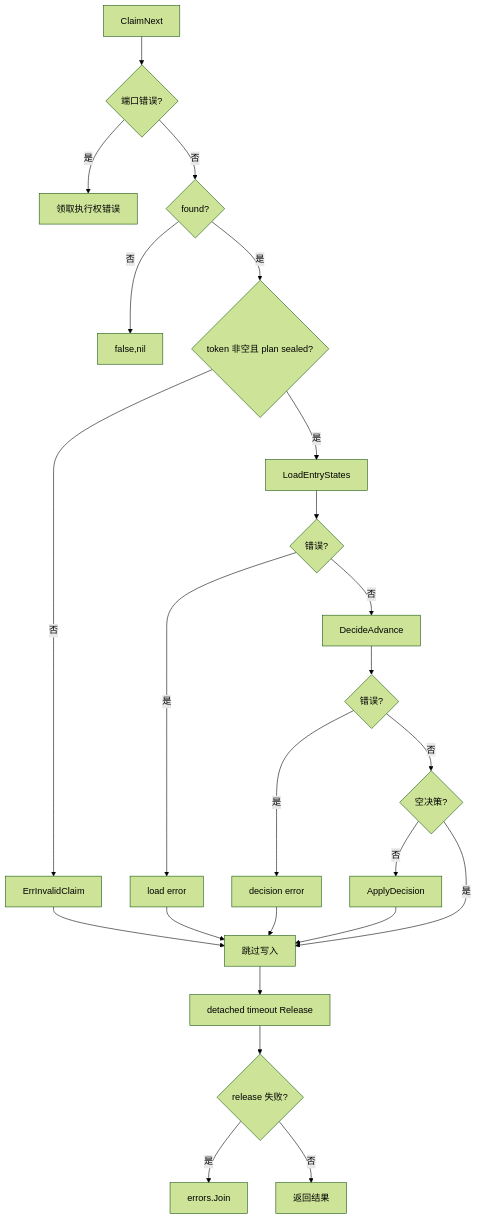
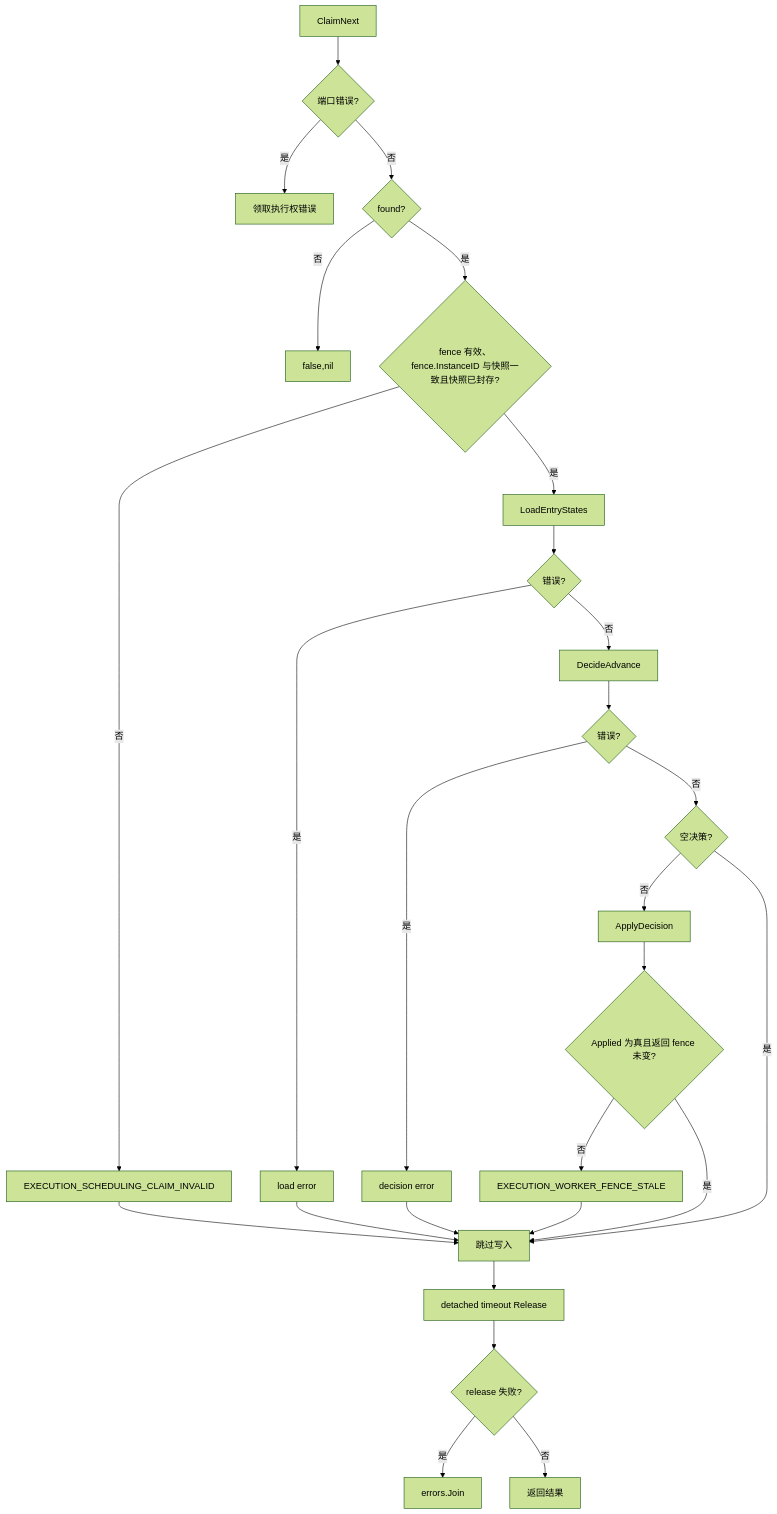
One commit to Capsule7446/healix-core changed the second of 2 diagrams in docs/application/scheduling/process-next-claim.md. Above: the diagram before and after it, drawn with Mermaid (forest theme). The commit also changed other lines of this file and 380 other files, not shown here.

````diff
--- a/docs/application/scheduling/process-next-claim.md
+++ b/docs/application/scheduling/process-next-claim.md
@@ -43,26 +45,29 @@
 ```mermaid
 flowchart TD
     A[ClaimNext] --> B{端口错误?}
     B -- 是 --> E1[领取执行权错误]
     B -- 否 --> C{found?}
     C -- 否 --> Z[false,nil]
-    C -- 是 --> D{token 非空且 plan sealed?}
-    D -- 否 --> E2[ErrInvalidClaim]
+    C -- 是 --> D{fence 有效、fence.InstanceID 与快照一致且快照已封存?}
+    D -- 否 --> E2[EXECUTION_SCHEDULING_CLAIM_INVALID]
     D -- 是 --> F[LoadEntryStates]
     F --> G{错误?}
     G -- 是 --> E3[load error]
     G -- 否 --> H[DecideAdvance]
     H --> I{错误?}
     I -- 是 --> E4[decision error]
     I -- 否 --> J{空决策?}
     J -- 否 --> K[ApplyDecision]
     J -- 是 --> R[跳过写入]
-    K --> R
+    K --> K2{Applied 为真且返回 fence 未变?}
+    K2 -- 否 --> E5[EXECUTION_WORKER_FENCE_STALE]
+    K2 -- 是 --> R
     E2 --> R
     E3 --> R
     E4 --> R
+    E5 --> R
     R --> L[detached timeout Release]
     L --> M{release 失败?}
     M -- 是 --> N[errors.Join]
     M -- 否 --> O[返回结果]
 ```
````
